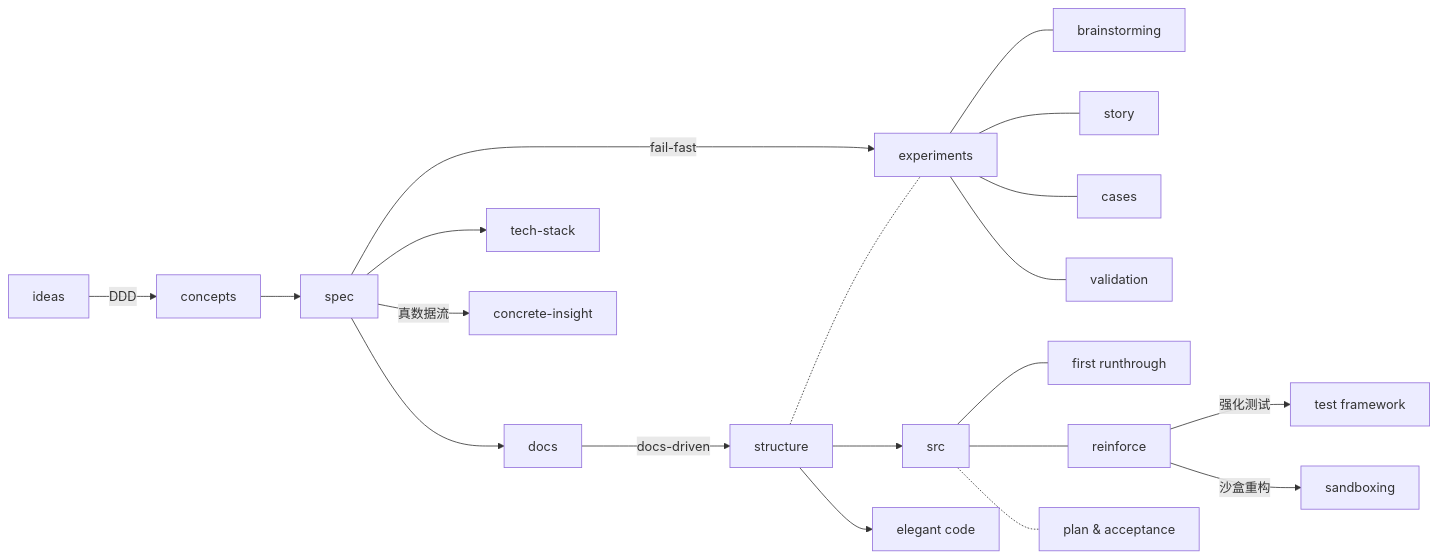
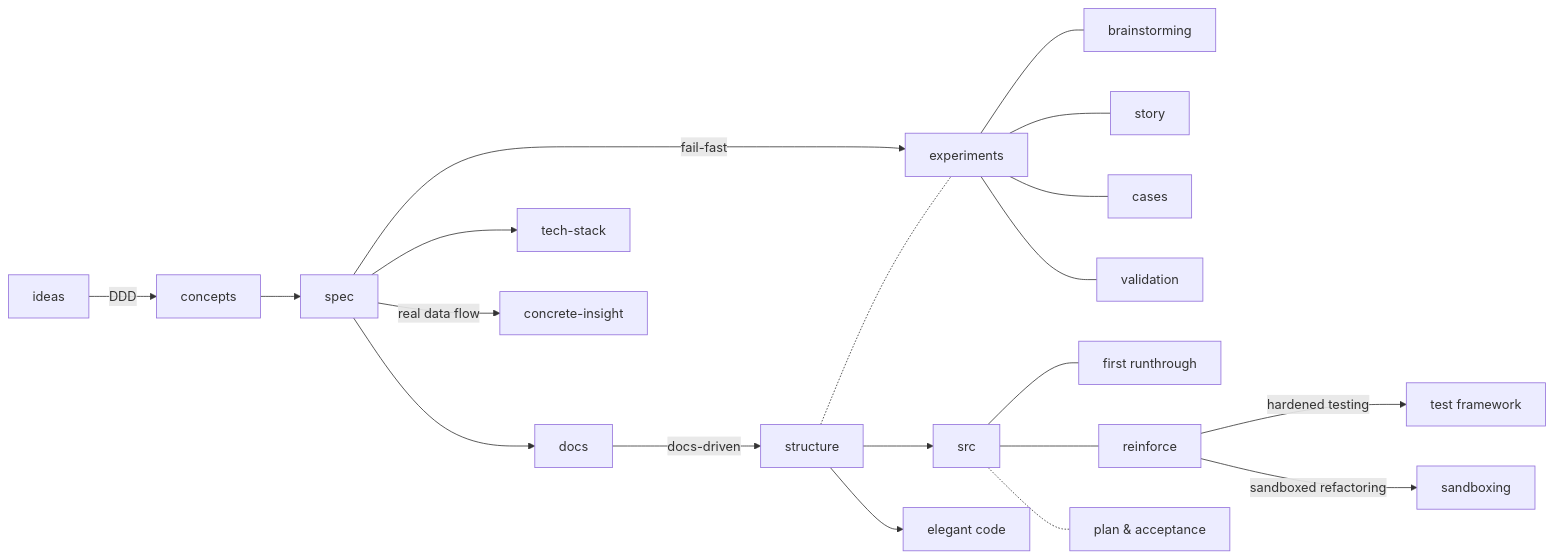
One commit to Etavioxy/sap-skills changed the diagram in VISION.md. Above: the diagram before and after it, drawn with Mermaid. The commit also changed other lines of this file and 2 other files, not shown here.

````diff
--- a/VISION.md
+++ b/VISION.md
@@ -16,22 +18,22 @@
 ```mermaid
 flowchart LR
     ideas --DDD--> concepts --> spec
     spec --> docs
     spec --fail-fast--> experiments
     docs --docs-driven--> structure --> src
     structure --> elegant["elegant code"]
 
     spec --> tech["tech-stack"]
-    spec --真数据流--> insight["concrete-insight"]
+    spec --real data flow--> insight["concrete-insight"]
     experiments --- brain["brainstorming"]
     experiments --- story["story"]
     experiments --- cases["cases"]
     experiments --- validation["validation"]
     src --- run["first runthrough"]
     src --- reinforce["reinforce"]
-    reinforce --强化测试--> tf["test framework"]
-    reinforce --沙盒重构--> sb["sandboxing"]
+    reinforce --hardened testing--> tf["test framework"]
+    reinforce --sandboxed refactoring--> sb["sandboxing"]
 
     structure -.- experiments
     src -.- plan["plan & acceptance"]
 ```
````
